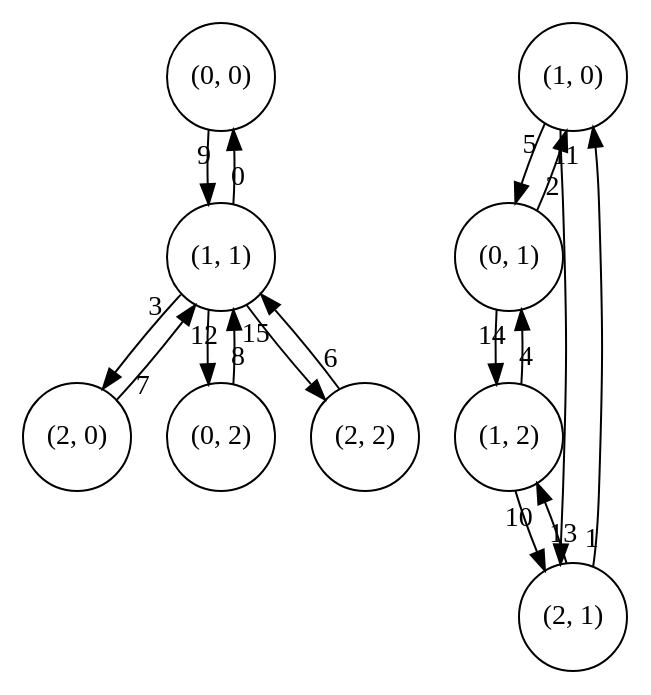
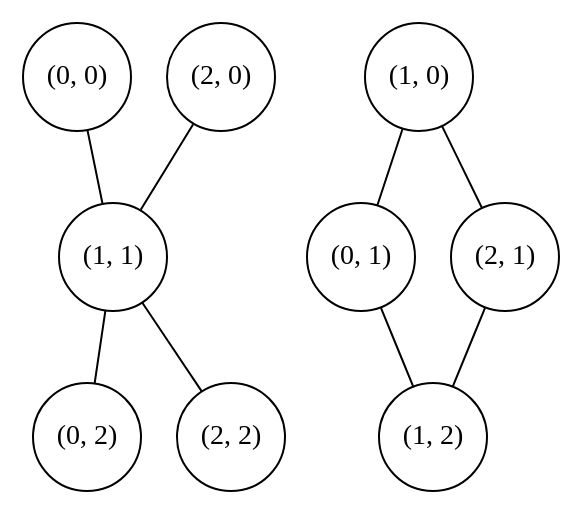
One commit to hiperwalk/hiperwalk changed the diagram in docs/graphviz/grid/bounded-diagonal.dot. Above: the diagram before and after it, drawn with Graphviz. The commit also changed 14 other files, not shown here.

```diff
--- a/docs/graphviz/grid/bounded-diagonal.dot
+++ b/docs/graphviz/grid/bounded-diagonal.dot
@@ -1,28 +1,20 @@
-digraph {
+graph {
 	"(0, 0)" [pos="0.0,0.0!" width=0.75 height=0.75 fixedsize=True]
 	"(1, 0)" [pos="1.75,0.0!" width=0.75 height=0.75 fixedsize=True]
 	"(2, 0)" [pos="3.5,0.0!" width=0.75 height=0.75 fixedsize=True]
 	"(0, 1)" [pos="0.0,1.75!" width=0.75 height=0.75 fixedsize=True]
 	"(1, 1)" [pos="1.75,1.75!" width=0.75 height=0.75 fixedsize=True]
 	"(2, 1)" [pos="3.5,1.75!" width=0.75 height=0.75 fixedsize=True]
 	"(0, 2)" [pos="0.0,3.5!" width=0.75 height=0.75 fixedsize=True]
 	"(1, 2)" [pos="1.75,3.5!" width=0.75 height=0.75 fixedsize=True]
 	"(2, 2)" [pos="3.5,3.5!" width=0.75 height=0.75 fixedsize=True]
 
-	 "(0, 0)" -> "(1, 1)"[headlabel=0 labeldistance=2 labelangle=-50];
-	 "(1, 0)" -> "(2, 1)"[headlabel=1 labeldistance=2 labelangle=-50];
-	 "(1, 0)" -> "(0, 1)"[headlabel=2 labeldistance=2 labelangle=-50];
-	 "(2, 0)" -> "(1, 1)"[headlabel=3 labeldistance=2 labelangle=-50];
-	 "(0, 1)" -> "(1, 2)"[headlabel=4 labeldistance=2 labelangle=-50];
-	 "(0, 1)" -> "(1, 0)"[headlabel=5 labeldistance=2 labelangle=-50];
-	 "(1, 1)" -> "(2, 2)"[headlabel=6 labeldistance=2 labelangle=-50];
-	 "(1, 1)" -> "(2, 0)"[headlabel=7 labeldistance=2 labelangle=-50];
-	 "(1, 1)" -> "(0, 2)"[headlabel=8 labeldistance=2 labelangle=-50];
-	 "(1, 1)" -> "(0, 0)"[headlabel=9 labeldistance=2 labelangle=-50];
-	 "(2, 1)" -> "(1, 2)"[headlabel=10 labeldistance=2 labelangle=-50];
-	 "(2, 1)" -> "(1, 0)"[headlabel=11 labeldistance=2 labelangle=-50];
-	 "(0, 2)" -> "(1, 1)"[headlabel=12 labeldistance=2 labelangle=-50];
-	 "(1, 2)" -> "(2, 1)"[headlabel=13 labeldistance=2 labelangle=-50];
-	 "(1, 2)" -> "(0, 1)"[headlabel=14 labeldistance=2 labelangle=-50];
-	 "(2, 2)" -> "(1, 1)"[headlabel=15 labeldistance=2 labelangle=-50];
+	 "(0, 0)" -- "(1, 1)";
+	 "(1, 0)" -- "(2, 1)";
+	 "(1, 0)" -- "(0, 1)";
+	 "(2, 0)" -- "(1, 1)";
+	 "(0, 1)" -- "(1, 2)";
+	 "(1, 1)" -- "(2, 2)";
+	 "(1, 1)" -- "(0, 2)";
+	 "(2, 1)" -- "(1, 2)";
 }
```
